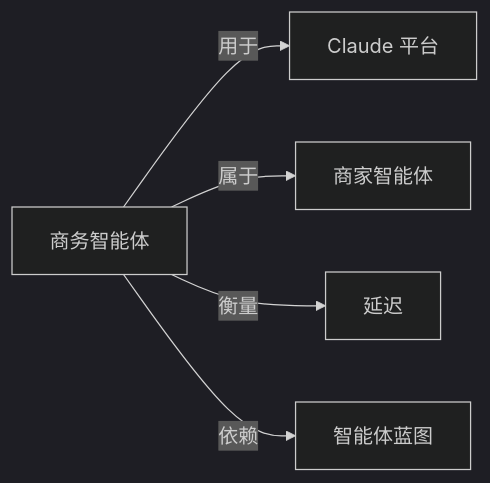
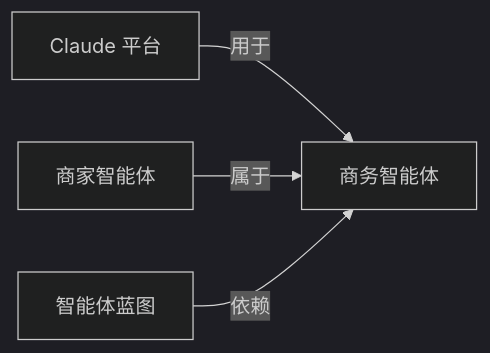
The diagram in wiki/商务智能体.md (yibie/claude-best-practices-zh), drawn with Mermaid (dark theme) before and after one commit. The commit also changed other lines of this file and 407 other files, not shown here.

Commit message:
feat: DeepSeek 三遍审校（译文/关系/图谱）+ 可部署静态站点

````diff
--- a/wiki/商务智能体.md
+++ b/wiki/商务智能体.md
@@ -45,8 +45,7 @@
 ```mermaid
 graph LR
   C["商务智能体"]
-  C -->|用于| N0["Claude 平台"]
-  C -->|属于| N1["商家智能体"]
-  C -->|衡量| N2["延迟"]
-  C -->|依赖| N3["智能体蓝图"]
+  N0["Claude 平台"] -->|用于| C
+  N1["商家智能体"] -->|属于| C
+  N2["智能体蓝图"] -->|依赖| C
 ```
````
